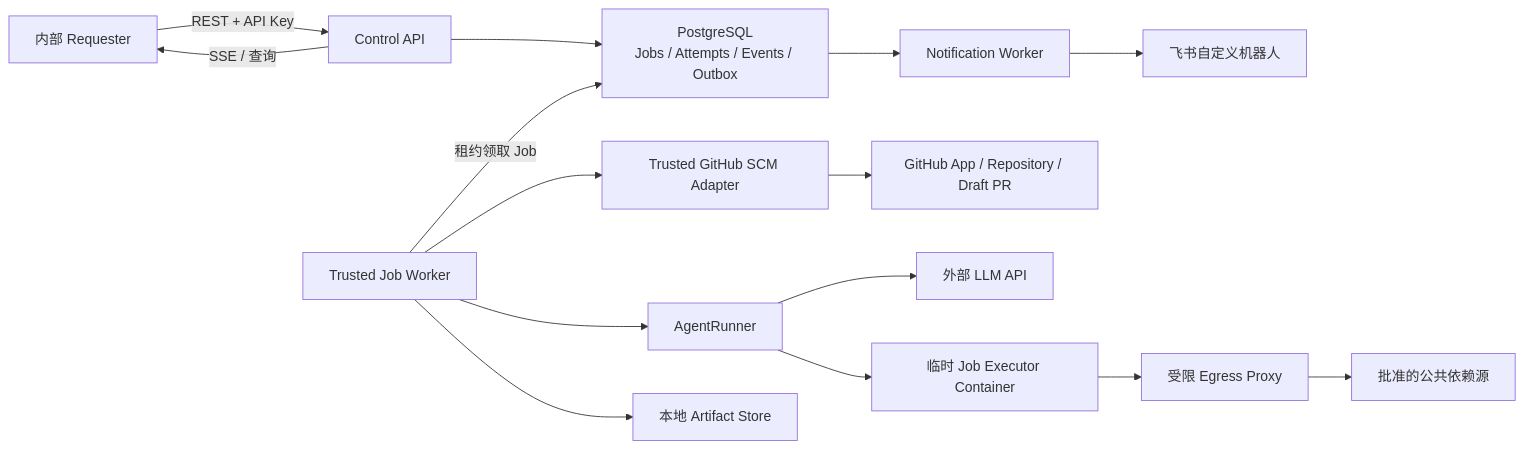
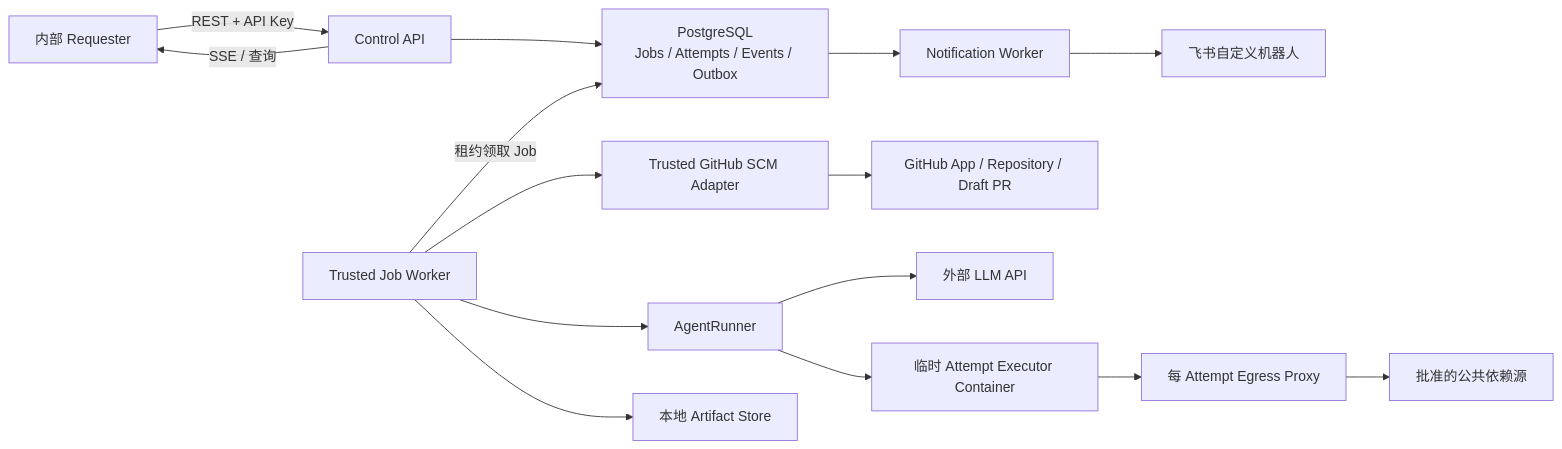
One commit to mmmlll1233/Coding-Agent-Platform changed the diagram in docs/coding-agent-platform-mvp.md. Above: the diagram before and after it, drawn with Mermaid. The commit also changed other lines of this file and 31 other files, not shown here.

````diff
--- a/docs/coding-agent-platform-mvp.md
+++ b/docs/coding-agent-platform-mvp.md
@@ -23,20 +23,20 @@
 ```mermaid
 flowchart LR
     Caller["内部 Requester"] -->|"REST + API Key"| API["Control API"]
     API --> DB["PostgreSQL<br/>Jobs / Attempts / Events / Outbox"]
     API -->|"SSE / 查询"| Caller
 
     Worker["Trusted Job Worker"] -->|"租约领取 Job"| DB
     Worker --> SCM["Trusted GitHub SCM Adapter"]
     SCM --> GH["GitHub App / Repository / Draft PR"]
 
     Worker --> Runner["AgentRunner"]
     Runner --> LLM["外部 LLM API"]
-    Runner --> Exec["临时 Job Executor Container"]
-    Exec --> Proxy["受限 Egress Proxy"]
+    Runner --> Exec["临时 Attempt Executor Container"]
+    Exec --> Proxy["每 Attempt Egress Proxy"]
     Proxy --> Packages["批准的公共依赖源"]
 
     Worker --> Artifacts["本地 Artifact Store"]
     DB --> Notifier["Notification Worker"]
     Notifier --> Feishu["飞书自定义机器人"]
 ```
````
